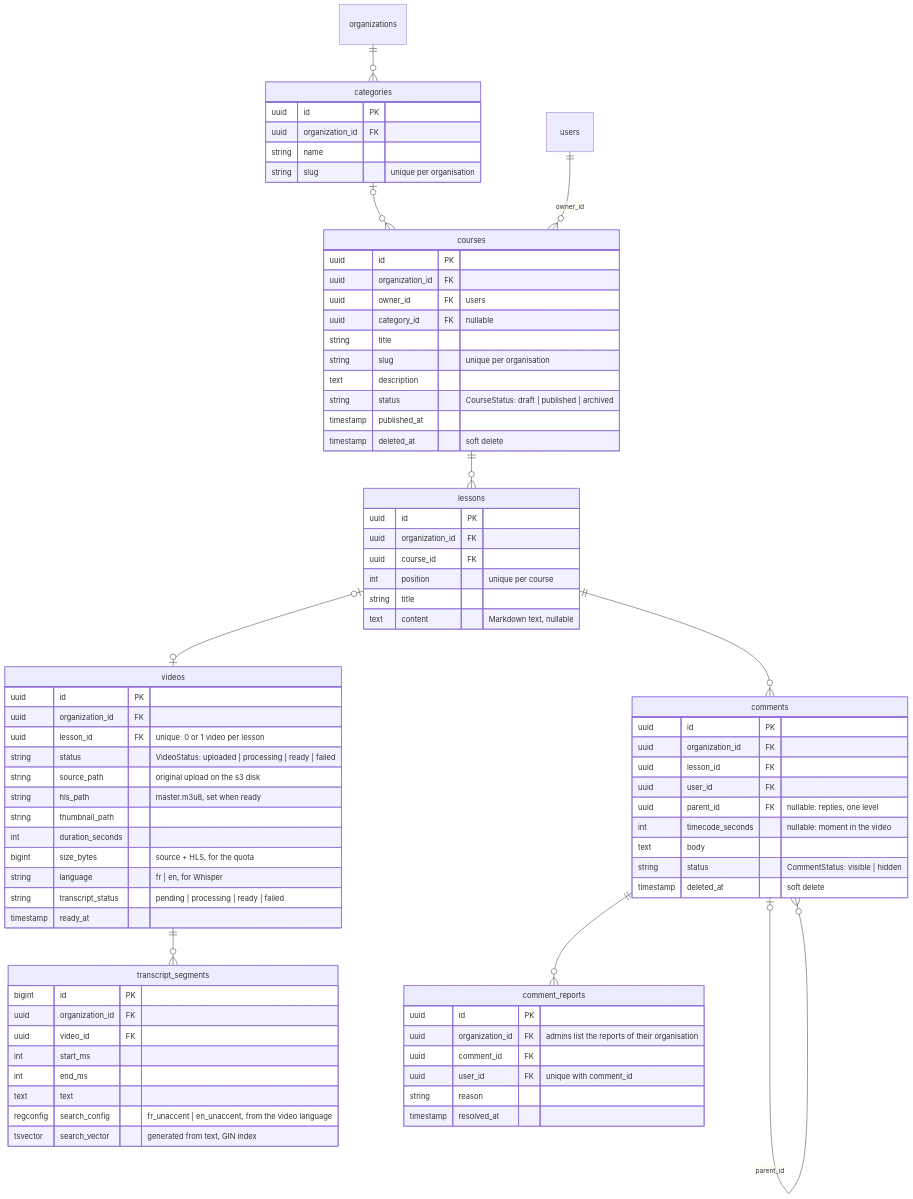
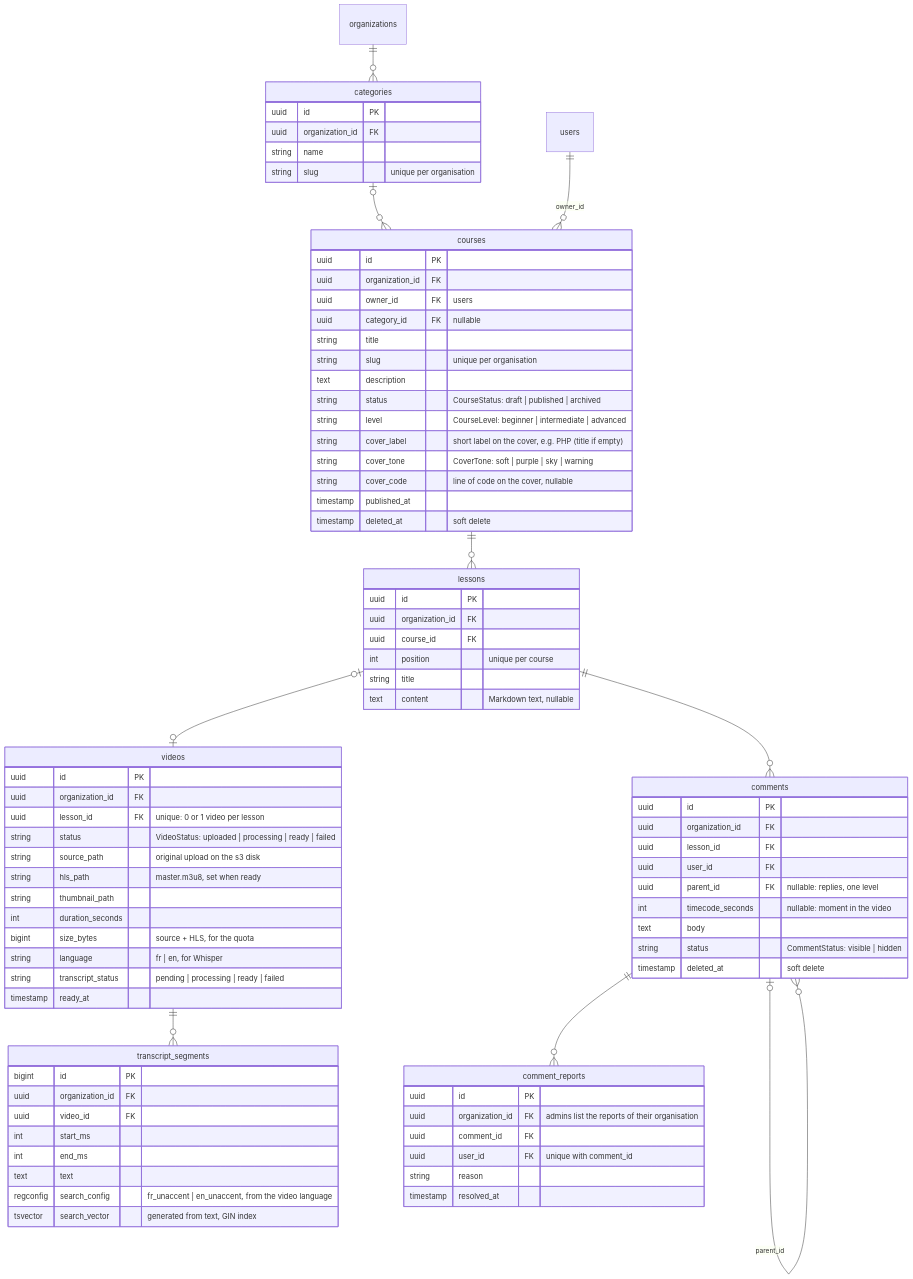
One commit to lucaszebre/ANNUALPROJECT-IWJ3 changed the third of 6 diagrams in docs/data-model.md. Above: the diagram before and after it, drawn with Mermaid. The commit also changed 18 other files, not shown here.

```diff
--- a/docs/data-model.md
+++ b/docs/data-model.md
@@ -117,6 +117,10 @@
         string slug "unique per organisation"
         text description
         string status "CourseStatus: draft | published | archived"
+        string level "CourseLevel: beginner | intermediate | advanced"
+        string cover_label "short label on the cover, e.g. PHP (title if empty)"
+        string cover_tone "CoverTone: soft | purple | sky | warning"
+        string cover_code "line of code on the cover, nullable"
         timestamp published_at
         timestamp deleted_at "soft delete"
     }
```
